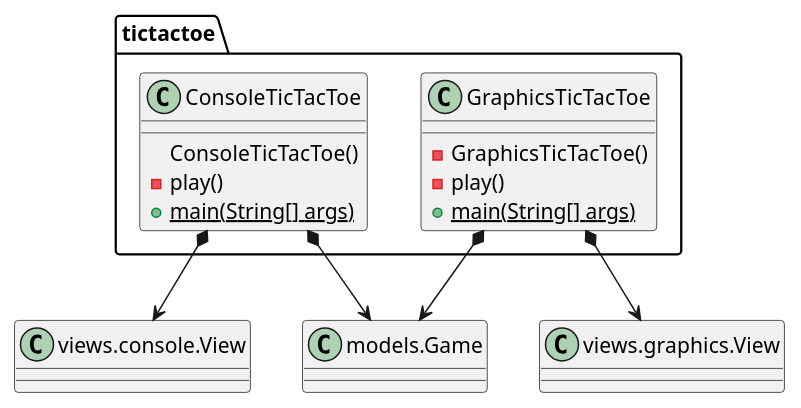
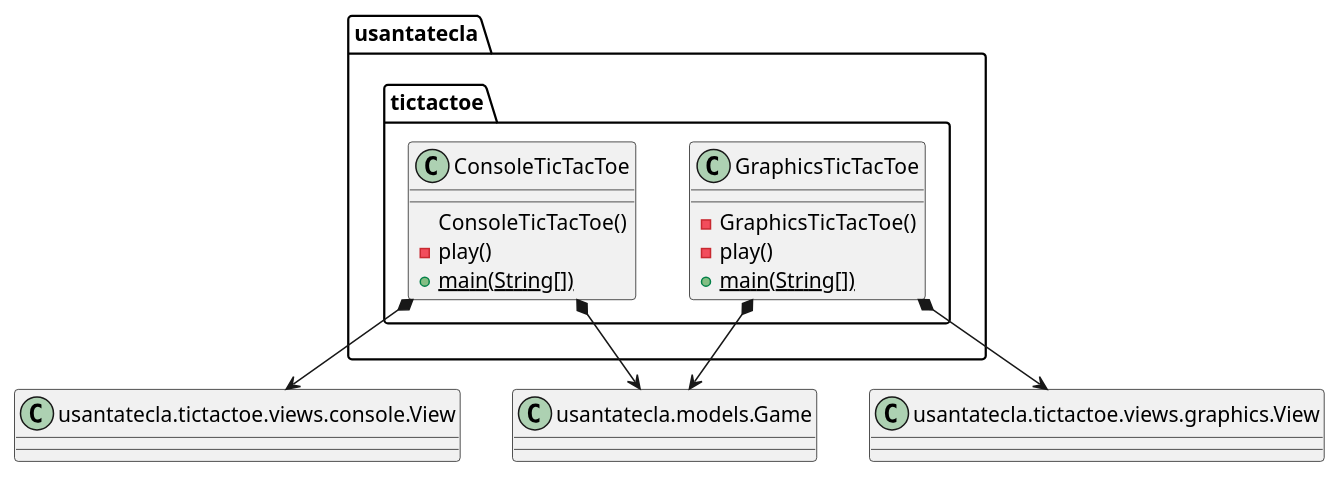
Before and after one commit to Jolucaa/USantaTecla-project-ticTacToe: the first of 5 diagrams in documentView/withoutFactoryMethod/docs/diagrams/src/paquetes.plantuml, drawn with PlantUML. The commit also changed other lines of this file and 6 other files, not shown here.

```diff
--- a/documentView/withoutFactoryMethod/docs/diagrams/src/paquetes.plantuml
+++ b/documentView/withoutFactoryMethod/docs/diagrams/src/paquetes.plantuml
@@ -1,26 +1,26 @@
 @startuml tictactoe
-class tictactoe.ConsoleTicTacToe {
+class usantatecla.tictactoe.ConsoleTicTacToe {
 
 	ConsoleTicTacToe()
 	- play()
-	+ {static} main(String[] args)
+	+ {static} main(String[])
 
 }
 
-class tictactoe.GraphicsTicTacToe {
+class usantatecla.tictactoe.GraphicsTicTacToe {
 
 	- GraphicsTicTacToe()
 	- play()
-	+ {static} main(String[] args)
+	+ {static} main(String[])
 
 }
 
-class Game as "models.Game"
-class consoleView as "views.console.View"
-class graphicsView as "views.graphics.View"
+class Game as "usantatecla.models.Game"
+class consoleView as "usantatecla.tictactoe.views.console.View"
+class graphicsView as "usantatecla.tictactoe.views.graphics.View"
 
-tictactoe.ConsoleTicTacToe *-down-> Game
-tictactoe.GraphicsTicTacToe *-down-> Game
-tictactoe.ConsoleTicTacToe *-down-> consoleView
-tictactoe.GraphicsTicTacToe *-down-> graphicsView
+usantatecla.tictactoe.ConsoleTicTacToe *-down-> Game
+usantatecla.tictactoe.GraphicsTicTacToe *-down-> Game
+usantatecla.tictactoe.ConsoleTicTacToe *-down-> consoleView
+usantatecla.tictactoe.GraphicsTicTacToe *-down-> graphicsView
 @enduml
```
